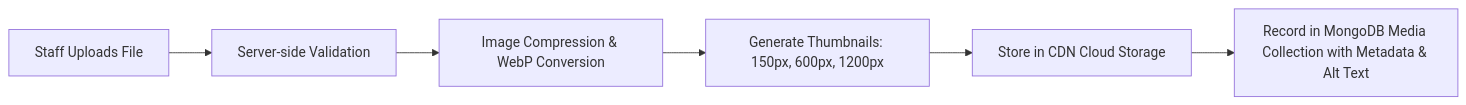
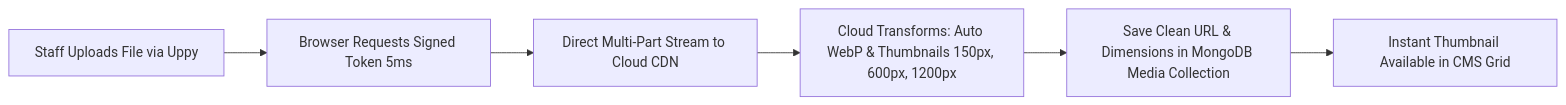
The second of 2 diagrams in STEMOTICS_R&D_Documentation/DOC/Phase-03-CMS-Architecture.md (sohailamir06/STEMOTICS-Website-CMS), drawn with Mermaid before and after one commit. The commit also changed other lines of this file and 2 other files, not shown here.

````diff
--- a/STEMOTICS_R&D_Documentation/DOC/Phase-03-CMS-Architecture.md
+++ b/STEMOTICS_R&D_Documentation/DOC/Phase-03-CMS-Architecture.md
@@ -91,8 +92,8 @@
 ```mermaid
 graph LR
-    A[Staff Uploads File] --> B[Server-side Validation]
-    B --> C[Image Compression & WebP Conversion]
-    C --> D[Generate Thumbnails: 150px, 600px, 1200px]
-    D --> E[Store in CDN Cloud Storage]
-    E --> F[Record in MongoDB Media Collection with Metadata & Alt Text]
+    A[Staff Uploads File via Uppy] --> B[Browser Requests Signed Token 5ms]
+    B --> C[Direct Multi-Part Stream to Cloud CDN]
+    C --> D[Cloud Transforms: Auto WebP & Thumbnails 150px, 600px, 1200px]
+    D --> E[Save Clean URL & Dimensions in MongoDB Media Collection]
+    E --> F[Instant Thumbnail Available in CMS Grid]
 ```
````
